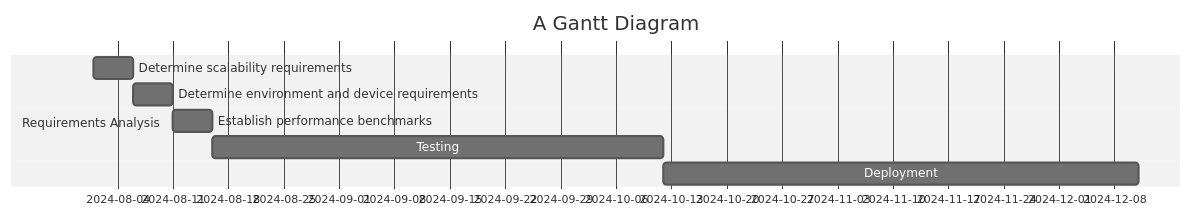
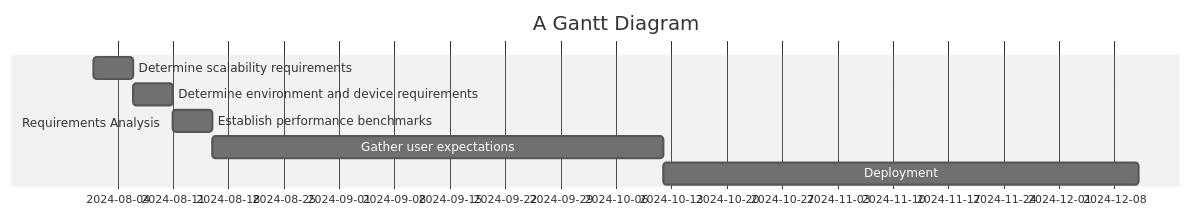
One commit to sayshelley/iodraw-files changed the diagram in all/Code Gantt Chart.md. Above: the diagram before and after it, drawn with Mermaid (neutral theme).

Commit message:
2024-10-04 22:31:37 update

````diff
--- a/all/Code Gantt Chart.md
+++ b/all/Code Gantt Chart.md
@@ -1,15 +1,15 @@
 ```mermaid
 gantt
     title A Gantt Diagram
     dateFormat  YYYY-MM-DD
     section Requirements Analysis
     Determine scalability requirements :a1, 2024-08-01, 5d
     Determine environment and device requirements :a2, after a1, 5d
     Establish performance benchmarks: a3, after a2, 5d
-    Testing: a4, after a3, 57d
+    Gather user expectations: a4, after a3, 57d
     Deployment : a5, after a4, 60d
     
 
 
    
 ```
````
